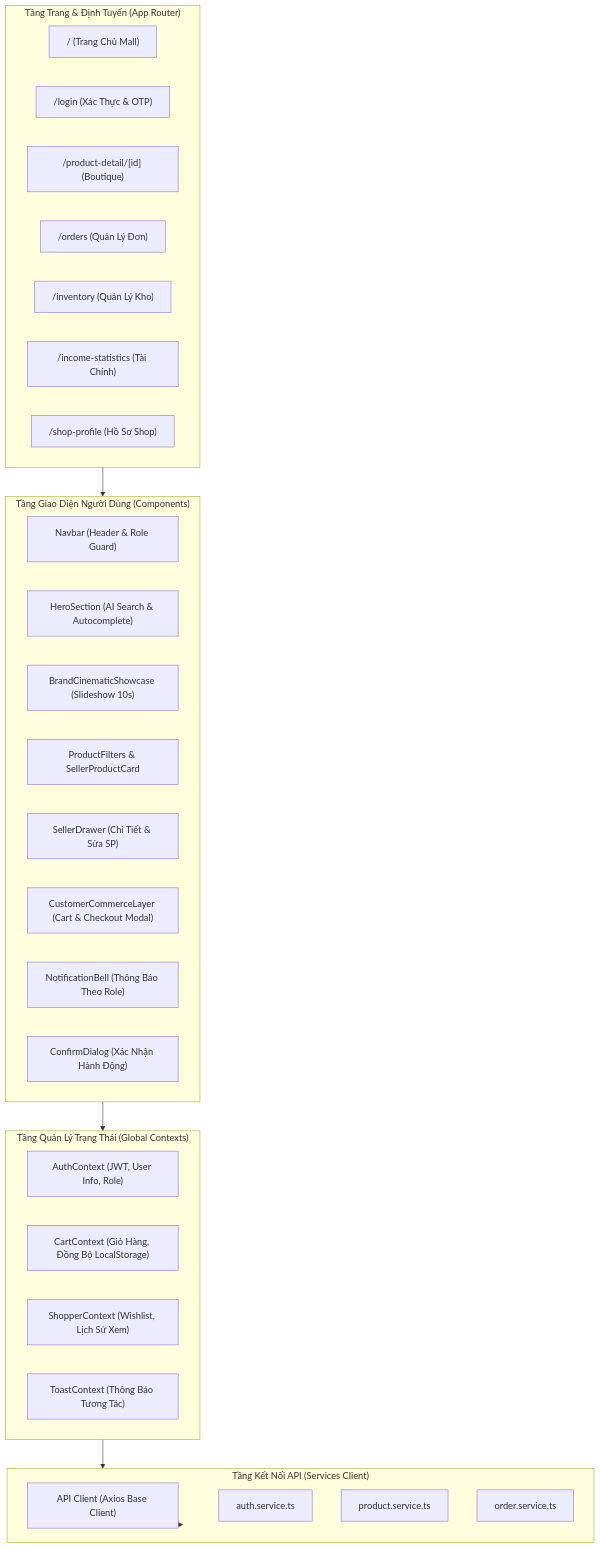
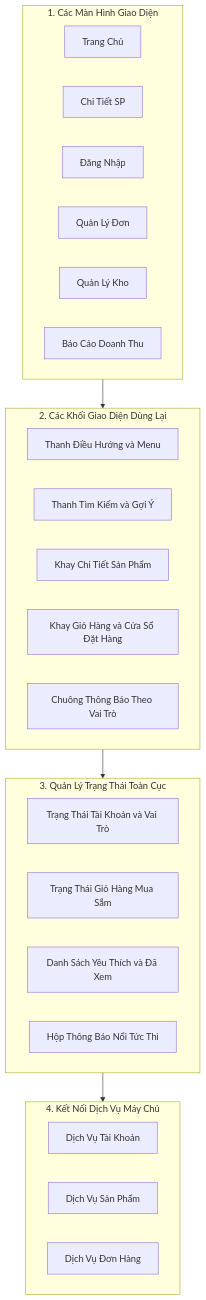
One commit to longthan12334/He-thong-thuong-mai-ien-tu-tich-hop-AI changed the third of 16 diagrams in BAO_CAO_THIET_KE_HE_THONG.md. Above: the diagram before and after it, drawn with Mermaid. The commit also changed other lines of this file and 24 other files, not shown here.

````diff
--- a/BAO_CAO_THIET_KE_HE_THONG.md
+++ b/BAO_CAO_THIET_KE_HE_THONG.md
@@ -93,43 +89,37 @@
 ```mermaid
 flowchart TD
-    subgraph AppRouterLayer ["Tầng Trang & Định Tuyến (App Router)"]
+    subgraph Pages ["1. Các Màn Hình Giao Diện"]
         direction LR
-        P_Home["/ (Trang Chủ Mall)"]
-        P_Login["/login (Xác Thực & OTP)"]
-        P_Detail["/product-detail/[id] (Boutique)"]
-        P_Orders["/orders (Quản Lý Đơn)"]
-        P_Inv["/inventory (Quản Lý Kho)"]
-        P_Stats["/income-statistics (Tài Chính)"]
-        P_Profile["/shop-profile (Hồ Sơ Shop)"]
+        P1["Trang Chủ"]
+        P2["Chi Tiết SP"]
+        P3["Đăng Nhập"]
+        P4["Quản Lý Đơn"]
+        P5["Quản Lý Kho"]
+        P6["Báo Cáo Doanh Thu"]
     end
 
-    subgraph ComponentLayer ["Tầng Giao Diện Người Dùng (Components)"]
-        NavbarComp["Navbar (Header & Role Guard)"]
-        HeroComp["HeroSection (AI Search & Autocomplete)"]
-        CinemaComp["BrandCinematicShowcase (Slideshow 10s)"]
-        CatalogComp["ProductFilters & SellerProductCard"]
-        DrawerComp["SellerDrawer (Chi Tiết & Sửa SP)"]
-        CommerceComp["CustomerCommerceLayer (Cart & Checkout Modal)"]
-        NotiComp["NotificationBell (Thông Báo Theo Role)"]
-        ConfirmComp["ConfirmDialog (Xác Nhận Hành Động)"]
+    subgraph Components ["2. Các Khối Giao Diện Dùng Lại"]
+        C1["Thanh Điều Hướng và Menu"]
+        C2["Thanh Tìm Kiếm và Gợi Ý"]
+        C3["Khay Chi Tiết Sản Phẩm"]
+        C4["Khay Giỏ Hàng và Cửa Sổ Đặt Hàng"]
+        C5["Chuông Thông Báo Theo Vai Trò"]
     end
 
-    subgraph StateLayer ["Tầng Quản Lý Trạng Thái (Global Contexts)"]
-        AuthCtx["AuthContext (JWT, User Info, Role)"]
-        CartCtx["CartContext (Giỏ Hàng, Đồng Bộ LocalStorage)"]
-        ShopperCtx["ShopperContext (Wishlist, Lịch Sử Xem)"]
-        ToastCtx["ToastContext (Thông Báo Tương Tác)"]
+    subgraph Contexts ["3. Quản Lý Trạng Thái Toàn Cục"]
+        X1["Trạng Thái Tài Khoản và Vai Trò"]
+        X2["Trạng Thái Giỏ Hàng Mua Sắm"]
+        X3["Danh Sách Yêu Thích và Đã Xem"]
+        X4["Hộp Thông Báo Nổi Tức Thì"]
     end
 
-    subgraph ServiceLayer ["Tầng Kết Nối API (Services Client)"]
-        APIClient["API Client (Axios Base Client)"]
-        AuthSvc["auth.service.ts"]
-        ProdSvc["product.service.ts"]
-        OrderSvc["order.service.ts"]
+    subgraph Services ["4. Kết Nối Dịch Vụ Máy Chủ"]
+        S1["Dịch Vụ Tài Khoản"]
+        S2["Dịch Vụ Sản Phẩm"]
+        S3["Dịch Vụ Đơn Hàng"]
     end
 
-    AppRouterLayer --> ComponentLayer
-    ComponentLayer --> StateLayer
-    StateLayer --> ServiceLayer
-    ServiceLayer --> APIClient
+    Pages --> Components
+    Components --> Contexts
+    Contexts --> Services
 ```
````
